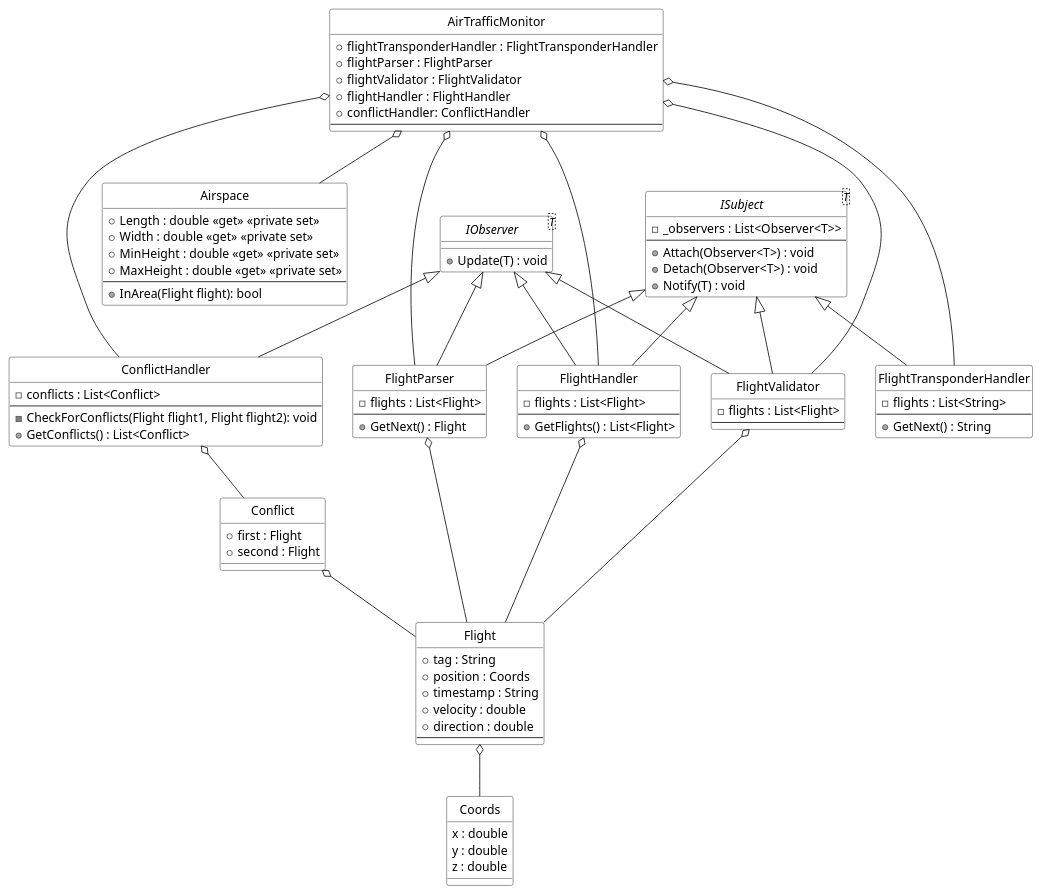
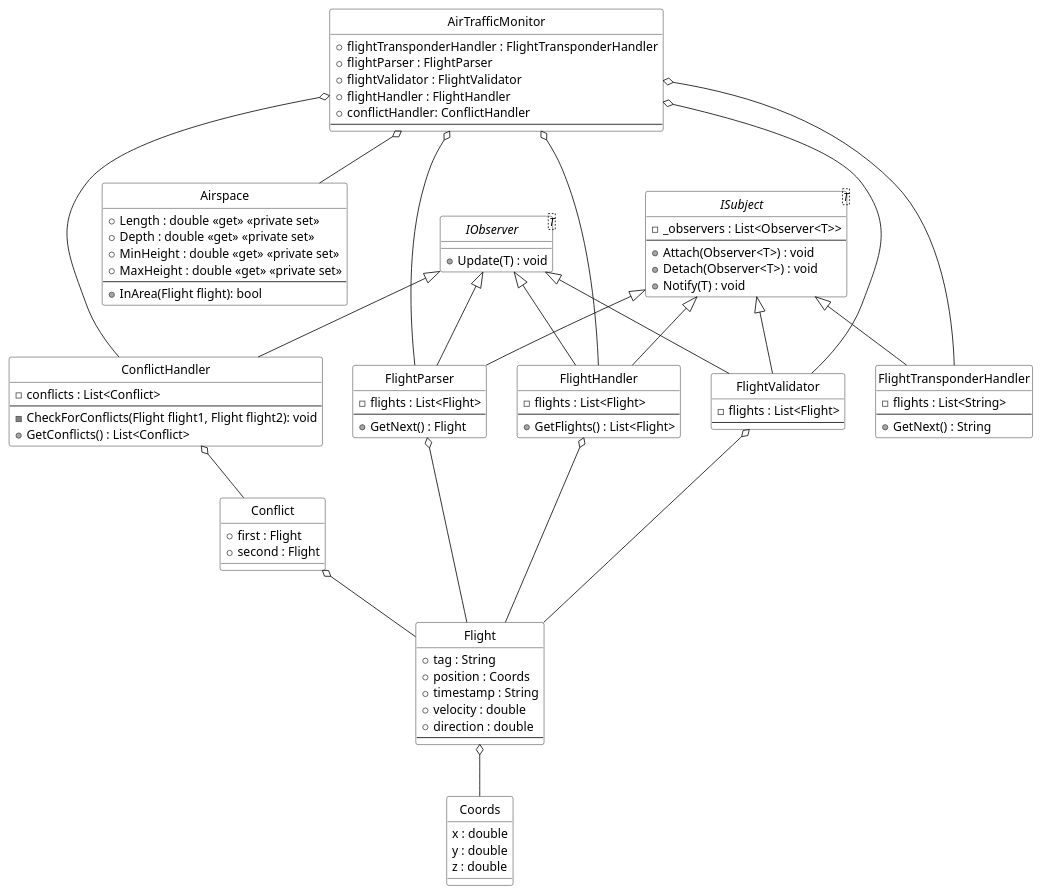
One commit to TeamSWT7/02-AirTrafficMonitoring changed the diagram in class-diagram.plantuml. Above: the diagram before and after it, drawn with PlantUML. The commit also changed 23 other files, not shown here.

```diff
--- a/class-diagram.plantuml
+++ b/class-diagram.plantuml
@@ -1,110 +1,110 @@
 @startuml
 
 skinparam shadowing false
 skinparam monochrome true
 skinparam backgroundColor transparent
 skinparam classBackgroundColor transparent
 skinparam style strictuml
 'skinparam linetype ortho
 
 class AirTrafficMonitor {
     + flightTransponderHandler : FlightTransponderHandler
     + flightParser : FlightParser
     + flightValidator : FlightValidator
     + flightHandler : FlightHandler
     + conflictHandler: ConflictHandler
     --
 }
 AirTrafficMonitor o--- FlightTransponderHandler
 AirTrafficMonitor o--- FlightParser
 AirTrafficMonitor o--- FlightValidator
 AirTrafficMonitor o--- FlightHandler
 AirTrafficMonitor o--- ConflictHandler
 AirTrafficMonitor o-- Airspace
 
 interface IObserver<T> {
     + Update(T) : void
 }
 interface ISubject<T> {
     - _observers : List<Observer<T>>
     --
     + Attach(Observer<T>) : void
     + Detach(Observer<T>) : void
     + Notify(T) : void
 }
 
 
 
 class Coords {
     x : double
     y : double
     z : double
 }
 class Flight {
     + tag : String
     + position : Coords
     + timestamp : String
     + velocity : double
     + direction : double
     --
 }
 Flight o-- Coords
 
 class Airspace {
     + Length : double <<get>> <<private set>>
-    + Width : double <<get>> <<private set>>
+    + Depth : double <<get>> <<private set>>
     + MinHeight : double <<get>> <<private set>>
     + MaxHeight : double <<get>> <<private set>>
     --
     + InArea(Flight flight): bool
 }
 
 class FlightTransponderHandler {
     - flights : List<String>
     --
     + GetNext() : String
 }
 ISubject <|-- FlightTransponderHandler
 
 class FlightParser {
     - flights : List<Flight>
     --
     + GetNext() : Flight
 }
 ISubject <|-- FlightParser
 IObserver <|-- FlightParser
 FlightParser o-- Flight
 
 class FlightValidator {
     - flights : List<Flight>
     --
 }
 ISubject <|-- FlightValidator
 IObserver <|-- FlightValidator
 FlightValidator o-- Flight
 
 class FlightHandler {
     - flights : List<Flight>
     --
     + GetFlights() : List<Flight>
 }
 ISubject <|-- FlightHandler
 IObserver <|-- FlightHandler
 FlightHandler o-- Flight
 
 class ConflictHandler {
     - conflicts : List<Conflict>
     --
     - CheckForConflicts(Flight flight1, Flight flight2): void
     + GetConflicts() : List<Conflict>
 }
 IObserver <|-- ConflictHandler
 
 class Conflict {
     + first : Flight
     + second : Flight
 }
 ConflictHandler o-- Conflict
 Conflict o-- Flight
 
 @enduml
```
